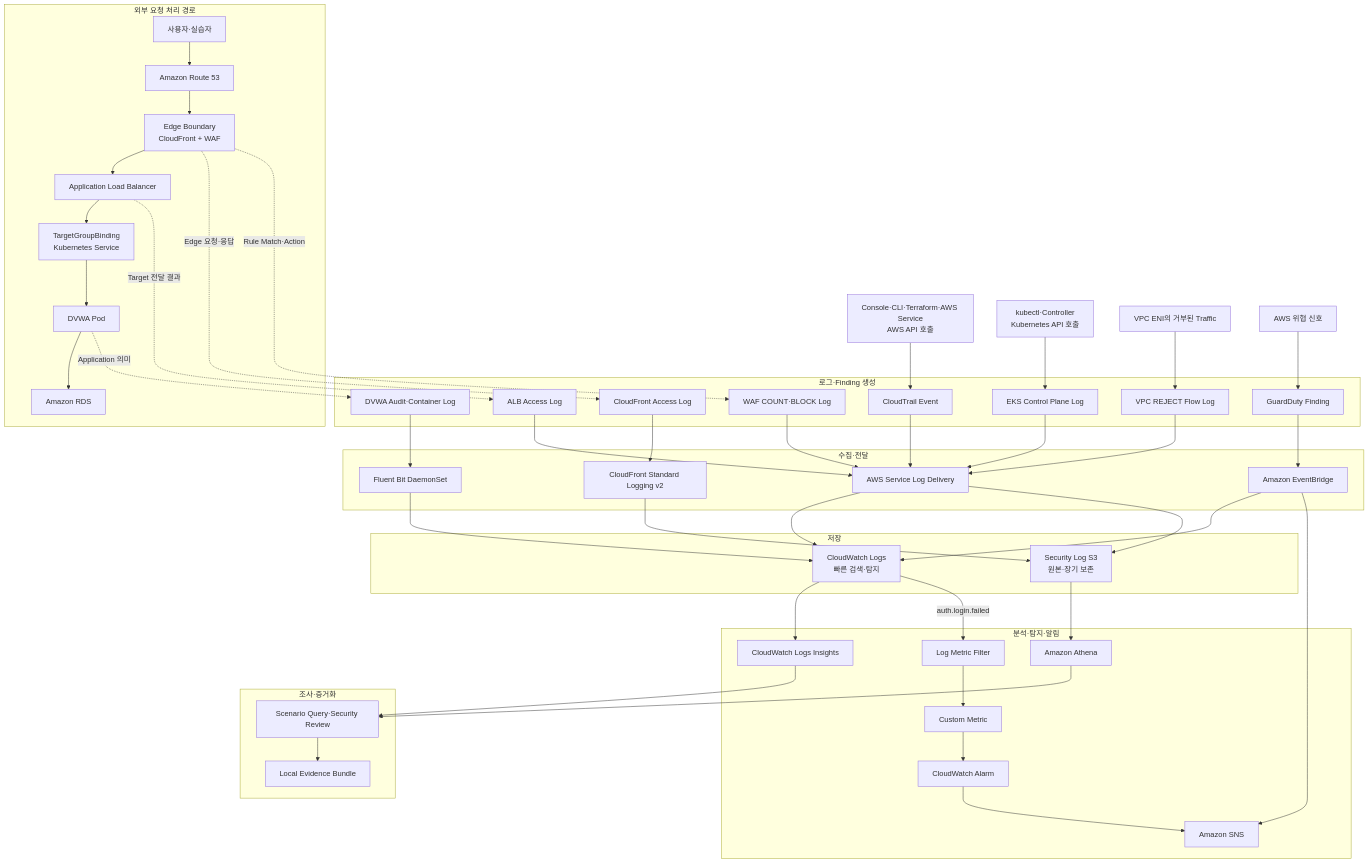
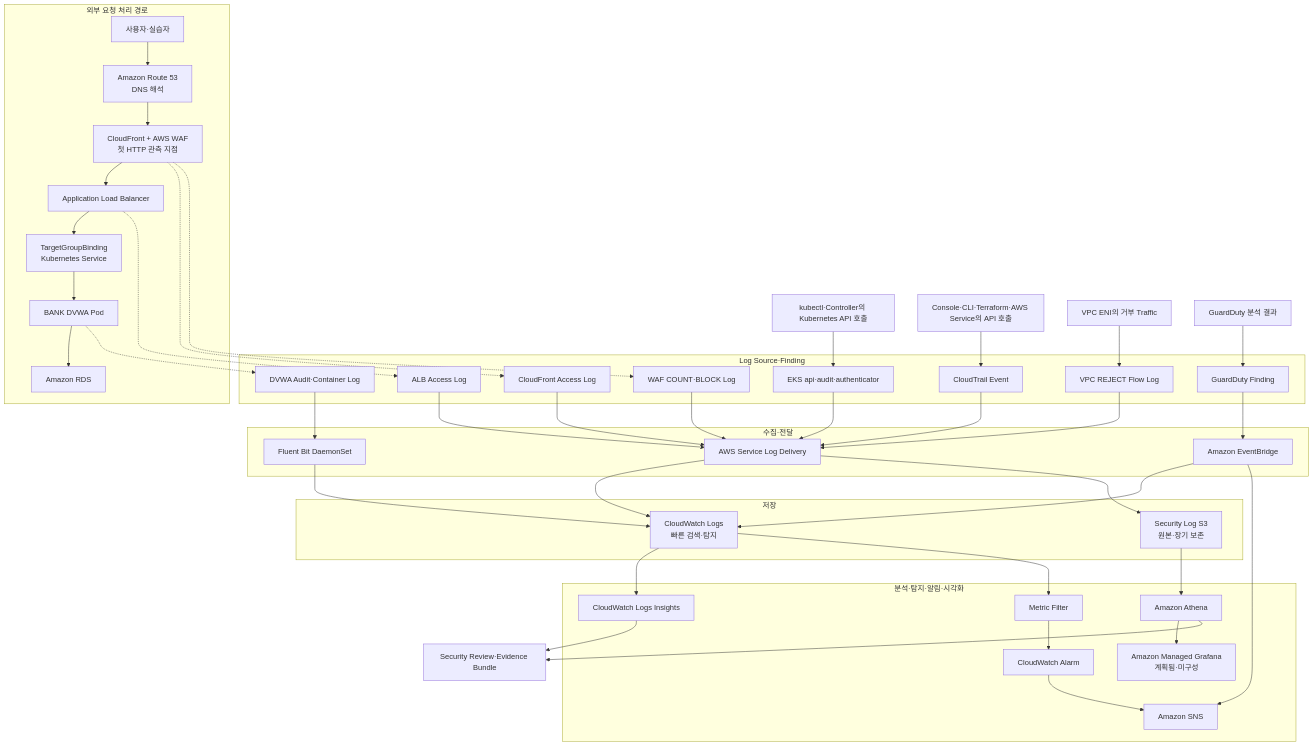
One commit to Unoh03/Obsi3 changed the diagram in 20_팀 프로젝트/3차 프로젝트/공부/00_로그 인프라 전체 흐름.md. Above: the diagram before and after it, drawn with Mermaid. The commit also changed other lines of this file, not shown here.

Commit message:
Build log observability MOC

````diff
--- a/20_팀 프로젝트/3차 프로젝트/공부/00_로그 인프라 전체 흐름.md
+++ b/20_팀 프로젝트/3차 프로젝트/공부/00_로그 인프라 전체 흐름.md
@@ -18,85 +45,73 @@
 ```mermaid
 flowchart TB
     subgraph REQUEST["외부 요청 처리 경로"]
-        User["사용자·실습자"] --> Route53["Amazon Route 53"]
-        Route53 --> Edge["Edge Boundary<br/>CloudFront + WAF"]
+        User["사용자·실습자"] --> Route53["Amazon Route 53<br/>DNS 해석"]
+        Route53 --> Edge["CloudFront + AWS WAF<br/>첫 HTTP 관측 지점"]
         Edge --> ALB["Application Load Balancer"]
         ALB --> K8sService["TargetGroupBinding<br/>Kubernetes Service"]
-        K8sService --> DVWA["DVWA Pod"]
+        K8sService --> DVWA["BANK DVWA Pod"]
         DVWA --> RDS["Amazon RDS"]
     end
 
-    subgraph PRODUCER["로그·Finding 생성"]
+    subgraph SOURCE["Log Source·Finding"]
         CFLog["CloudFront Access Log"]
         WAFLog["WAF COUNT·BLOCK Log"]
         ALBLog["ALB Access Log"]
         AppLog["DVWA Audit·Container Log"]
+        EKSLog["EKS api·audit·authenticator"]
         CTLog["CloudTrail Event"]
-        EKSLog["EKS Control Plane Log"]
         FlowLog["VPC REJECT Flow Log"]
         GDFinding["GuardDuty Finding"]
     end
 
-    Edge -. "Edge 요청·응답" .-> CFLog
-    Edge -. "Rule Match·Action" .-> WAFLog
-    ALB -. "Target 전달 결과" .-> ALBLog
-    DVWA -. "Application 의미" .-> AppLog
-
-    AWSAPI["Console·CLI·Terraform·AWS Service<br/>AWS API 호출"] --> CTLog
-    K8sAPI["kubectl·Controller<br/>Kubernetes API 호출"] --> EKSLog
-    Network["VPC ENI의 거부된 Traffic"] --> FlowLog
-    ThreatSignal["AWS 위협 신호"] --> GDFinding
+    Edge -.-> CFLog
+    Edge -.-> WAFLog
+    ALB -.-> ALBLog
+    DVWA -.-> AppLog
+    K8sAPI["kubectl·Controller의 Kubernetes API 호출"] --> EKSLog
+    AWSAPI["Console·CLI·Terraform·AWS Service의 API 호출"] --> CTLog
+    Network["VPC ENI의 거부 Traffic"] --> FlowLog
+    Threat["GuardDuty 분석 결과"] --> GDFinding
 
     subgraph DELIVERY["수집·전달"]
-        CFDelivery["CloudFront Standard Logging v2"]
-        AWSDelivery["AWS Service Log Delivery"]
+        ServiceDelivery["AWS Service Log Delivery"]
         FluentBit["Fluent Bit DaemonSet"]
         EventBridge["Amazon EventBridge"]
     end
 
-    CFLog --> CFDelivery
-    WAFLog --> AWSDelivery
-    ALBLog --> AWSDelivery
+    CFLog --> ServiceDelivery
+    WAFLog --> ServiceDelivery
+    ALBLog --> ServiceDelivery
+    EKSLog --> ServiceDelivery
+    CTLog --> ServiceDelivery
+    FlowLog --> ServiceDelivery
     AppLog --> FluentBit
-    CTLog --> AWSDelivery
-    EKSLog --> AWSDelivery
-    FlowLog --> AWSDelivery
     GDFinding --> EventBridge
 
     subgraph STORAGE["저장"]
-        CloudWatch["CloudWatch Logs<br/>빠른 검색·탐지"]
+        CWL["CloudWatch Logs<br/>빠른 검색·탐지"]
         S3["Security Log S3<br/>원본·장기 보존"]
     end
 
-    CFDelivery --> S3
-    AWSDelivery --> CloudWatch
-    AWSDelivery --> S3
-    FluentBit --> CloudWatch
-    EventBridge --> CloudWatch
+    ServiceDelivery --> CWL
+    ServiceDelivery --> S3
+    FluentBit --> CWL
+    EventBridge --> CWL
 
-    subgraph ANALYSIS["분석·탐지·알림"]
-        LogsInsights["CloudWatch Logs Insights"]
-        MetricFilter["Log Metric Filter"]
-        Metric["Custom Metric"]
+    subgraph ANALYSIS["분석·탐지·알림·시각화"]
+        Insights["CloudWatch Logs Insights"]
+        Filter["Metric Filter"]
         Alarm["CloudWatch Alarm"]
         Athena["Amazon Athena"]
         SNS["Amazon SNS"]
+        Grafana["Amazon Managed Grafana<br/>계획됨·미구성"]
     end
 
-    CloudWatch --> LogsInsights
-    CloudWatch -->|"auth.login.failed"| MetricFilter
-    MetricFilter --> Metric
-    Metric --> Alarm
-    Alarm --> SNS
-    S3 --> Athena
+    CWL --> Insights
+    CWL --> Filter --> Alarm --> SNS
+    S3 --> Athena --> Grafana
     EventBridge --> SNS
 
-    subgraph EVIDENCE["조사·증거화"]
-        Review["Scenario Query·Security Review"]
-        Bundle["Local Evidence Bundle"]
-    end
-
-    LogsInsights --> Review
-    Athena --> Review
-    Review --> Bundle
+    Insights --> Evidence["Security Review·Evidence Bundle"]
+    Athena --> Evidence
 ```
````
